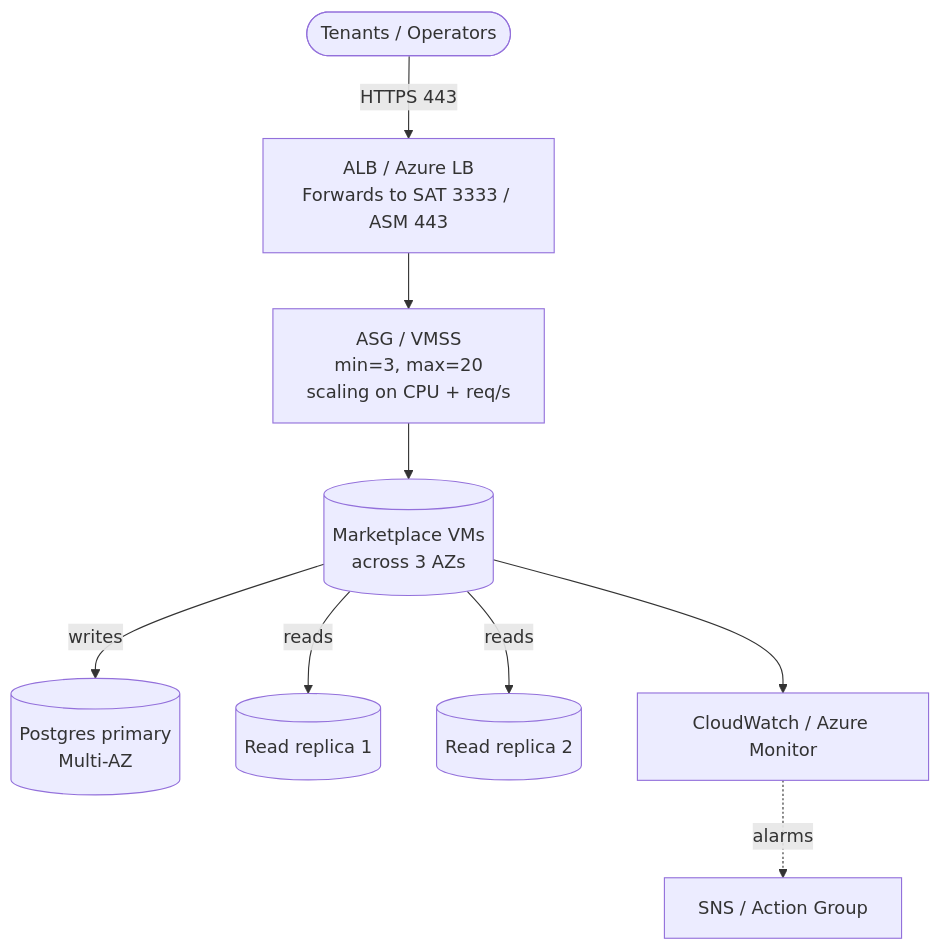
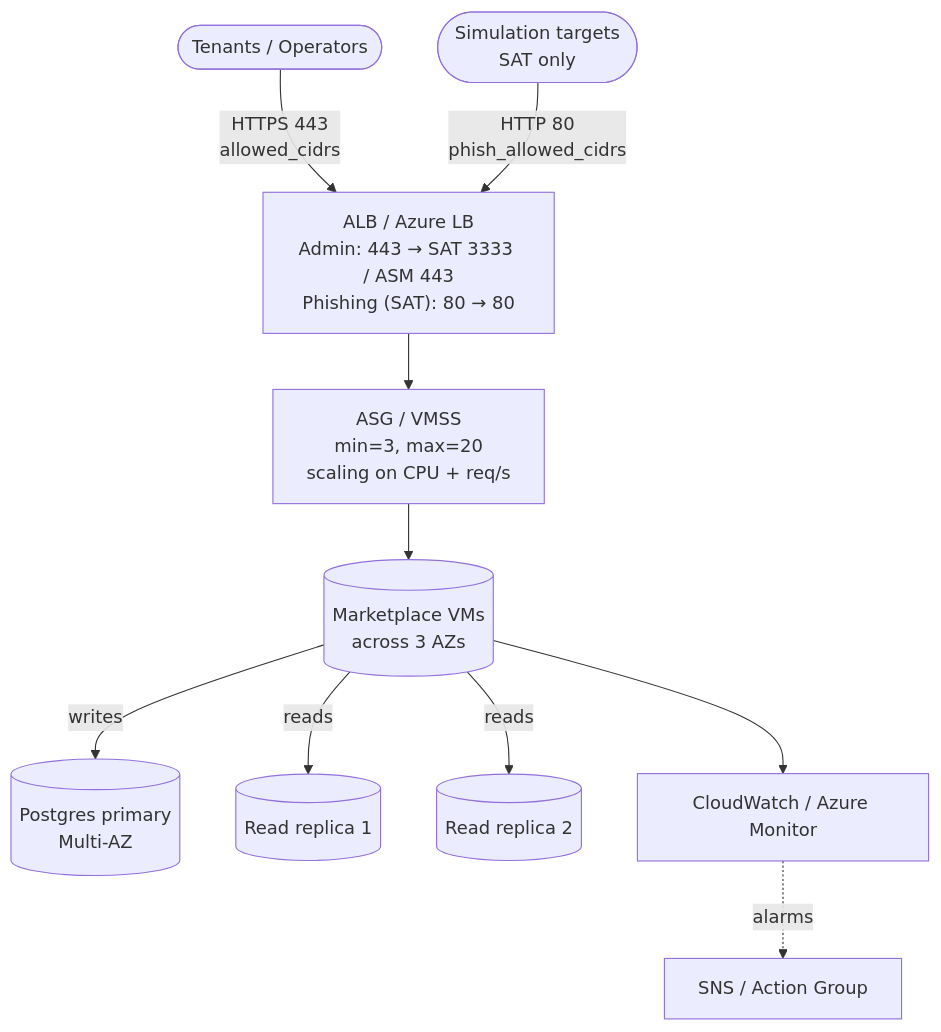
Before and after one commit to HailBytes/hailbytes-terraform-modules: the third of 3 diagrams in ARCHITECTURE.md, drawn with Mermaid. The commit also changed other lines of this file and 29 other files, not shown here.

First line of the commit message:
feat: give SAT a phishing frontend on every tier, and fix the AWS HA admin hop (#95)

````diff
--- a/ARCHITECTURE.md
+++ b/ARCHITECTURE.md
@@ -63,11 +63,12 @@
 ```mermaid
 flowchart TB
-    User([Tenants / Operators]) -->|HTTPS 443| LB["ALB / Azure LB<br/>Forwards to SAT 3333 / ASM 443"]
+    User([Tenants / Operators]) -->|"HTTPS 443<br/>allowed_cidrs"| LB["ALB / Azure LB<br/>Admin: 443 → SAT 3333 / ASM 443<br/>Phishing (SAT): 80 → 80"]
+    Target([Simulation targets<br/>SAT only]) -->|"HTTP 80<br/>phish_allowed_cidrs"| LB
     LB --> ASG[ASG / VMSS<br/>min=3, max=20<br/>scaling on CPU + req/s]
     ASG --> VMn[(Marketplace VMs<br/>across 3 AZs)]
     VMn -->|writes| DBP[(Postgres primary<br/>Multi-AZ)]
     VMn -->|reads| DBR1[(Read replica 1)]
     VMn -->|reads| DBR2[(Read replica 2)]
     VMn --> CW[CloudWatch / Azure Monitor]
     CW -.alarms.-> SNS[SNS / Action Group]
 ```
````
